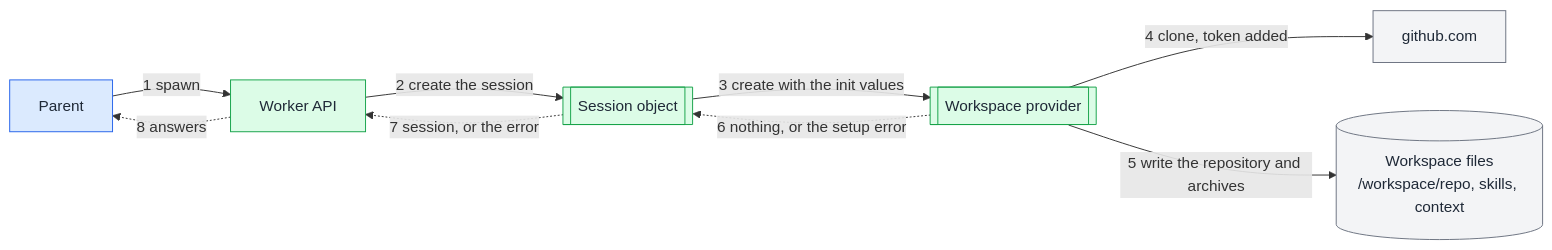
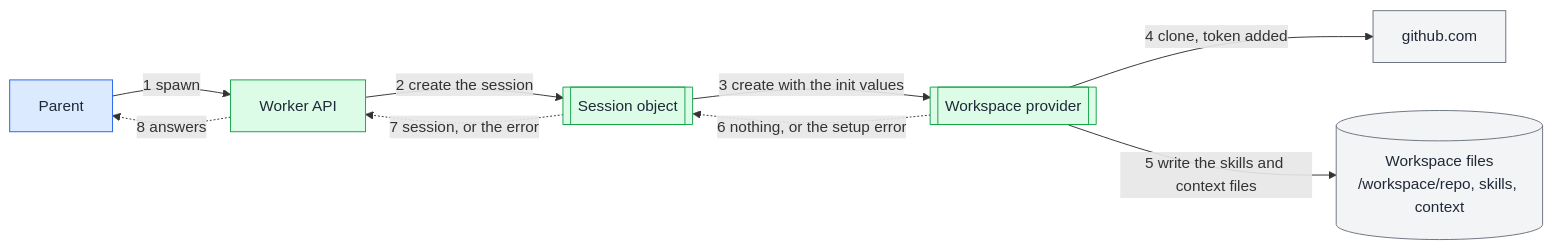
Before and after one commit to asermax/tentacles: the fifth of 9 diagrams in docs/technical-design/workspace.md, drawn with Mermaid. The commit also changed other lines of this file and 8 other files, not shown here.

````diff
--- a/docs/technical-design/workspace.md
+++ b/docs/technical-design/workspace.md
@@ -132,24 +131,24 @@
 ```mermaid
 flowchart LR
   pa@{ shape: rect, label: "Parent" }
   api@{ shape: rect, label: "Worker API" }
   so@{ shape: subproc, label: "Session object" }
   wp@{ shape: subproc, label: "Workspace provider" }
   gh@{ shape: rect, label: "github.com" }
   fs@{ shape: cyl, label: "Workspace files
   /workspace/repo, skills, context" }
   pa -->|"1 spawn"| api
   api -->|"2 create the session"| so
   so -->|"3 create with the init values"| wp
   wp -->|"4 clone, token added"| gh
-  wp -->|"5 write the repository and archives"| fs
+  wp -->|"5 write the skills and context files"| fs
   wp -.->|"6 nothing, or the setup error"| so
   so -.->|"7 session, or the error"| api
   api -.->|"8 answers"| pa
   classDef worker fill:#dbeafe,stroke:#2563eb,color:#1f2937
   classDef flow fill:#dcfce7,stroke:#16a34a,color:#1f2937
   classDef ext fill:#f3f4f6,stroke:#6b7280,color:#1f2937
   class pa worker
   class api,so,wp flow
   class gh,fs ext
 ```
````
